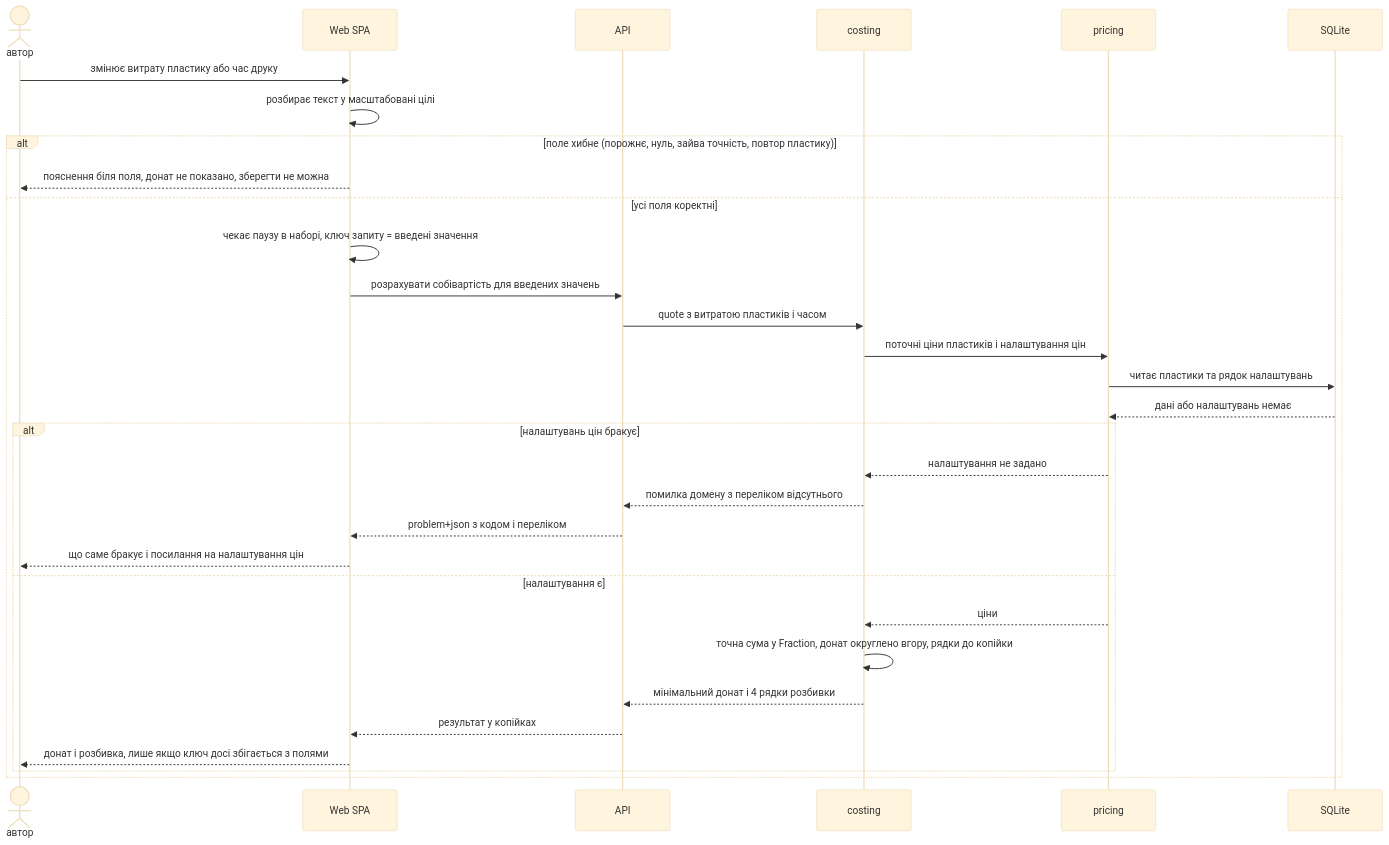
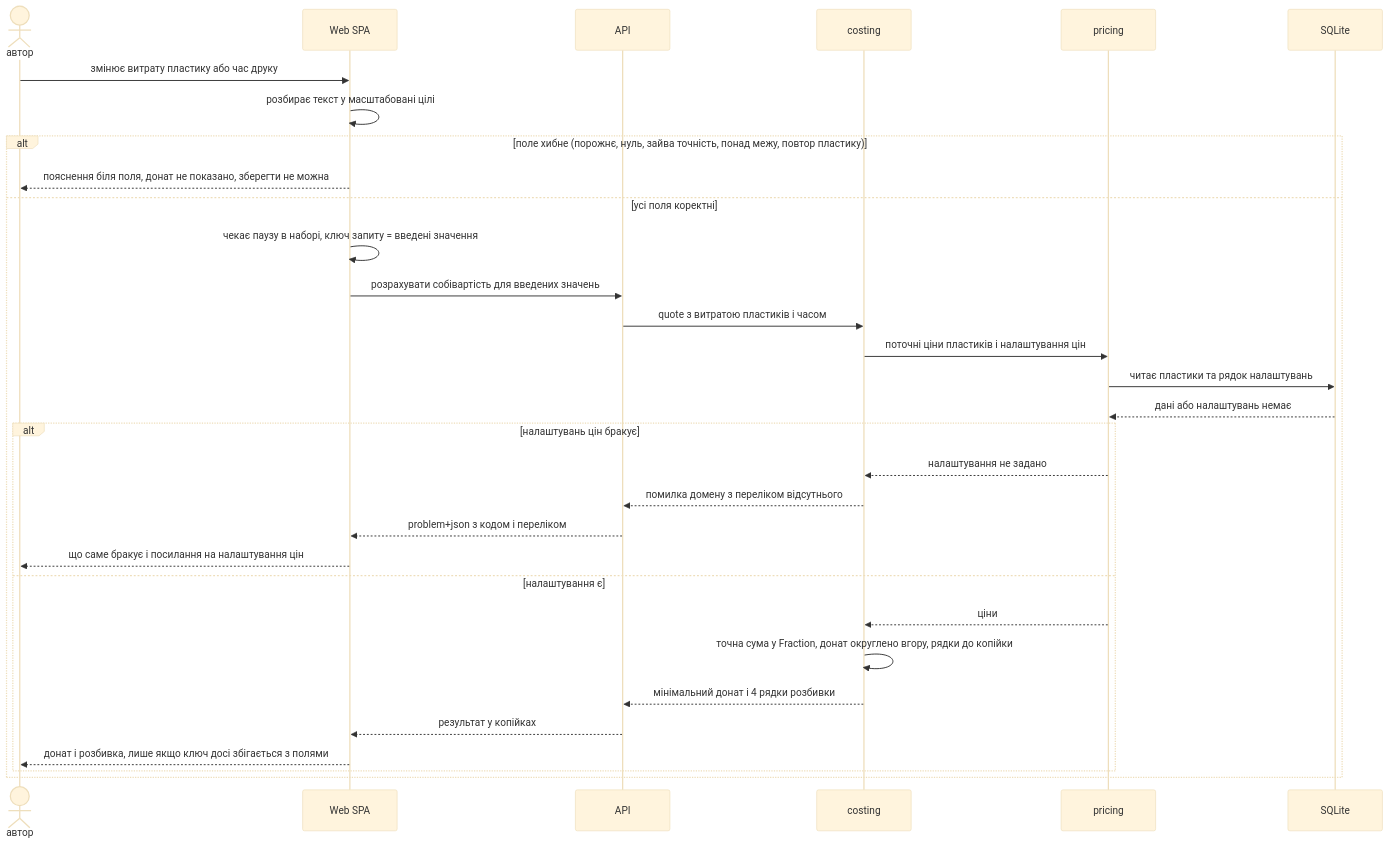
One commit to Gitboolean/calculate-3d changed the sixth of 11 diagrams in docs/features/cost-calculator/sad.md. Above: the diagram before and after it, drawn with Mermaid (base theme). The commit also changed other lines of this file and 9 other files, not shown here.

````diff
--- a/docs/features/cost-calculator/sad.md
+++ b/docs/features/cost-calculator/sad.md
@@ -304,33 +304,33 @@
 ```mermaid
 sequenceDiagram
     actor author as автор
     participant spa as Web SPA
     participant api as API
     participant costing as costing
     participant pricing as pricing
     participant db as SQLite
     author->>spa: змінює витрату пластику або час друку
     spa->>spa: розбирає текст у масштабовані цілі
-    alt поле хибне (порожнє, нуль, зайва точність, повтор пластику)
+    alt поле хибне (порожнє, нуль, зайва точність, понад межу, повтор пластику)
         spa-->>author: пояснення біля поля, донат не показано, зберегти не можна
     else усі поля коректні
         spa->>spa: чекає паузу в наборі, ключ запиту = введені значення
         spa->>api: розрахувати собівартість для введених значень
         api->>costing: quote з витратою пластиків і часом
         costing->>pricing: поточні ціни пластиків і налаштування цін
         pricing->>db: читає пластики та рядок налаштувань
         db-->>pricing: дані або налаштувань немає
         alt налаштувань цін бракує
             pricing-->>costing: налаштування не задано
             costing-->>api: помилка домену з переліком відсутнього
             api-->>spa: problem+json з кодом і переліком
             spa-->>author: що саме бракує і посилання на налаштування цін
         else налаштування є
             pricing-->>costing: ціни
             costing->>costing: точна сума у Fraction, донат округлено вгору, рядки до копійки
             costing-->>api: мінімальний донат і 4 рядки розбивки
             api-->>spa: результат у копійках
             spa-->>author: донат і розбивка, лише якщо ключ досі збігається з полями
         end
     end
 ```
````
